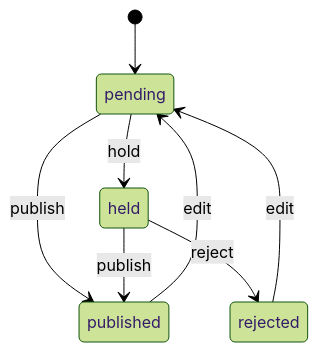
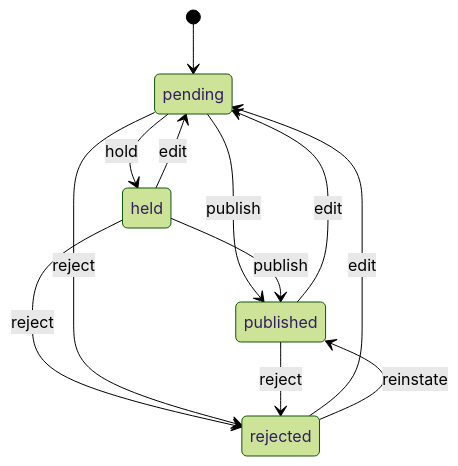
Before and after one commit to Virus-777/ecommerce: the fifth of 7 diagrams in backend/src/modules/reviews/README.md, drawn with Mermaid (forest theme). The commit also changed other lines of this file and 66 other files, not shown here.

````diff
--- a/backend/src/modules/reviews/README.md
+++ b/backend/src/modules/reviews/README.md
@@ -656,10 +700,14 @@
 ```mermaid
 stateDiagram-v2
   [*] --> pending
   pending --> published: publish
   pending --> held: hold
   held --> published: publish
   held --> rejected: reject
   published --> pending: edit
   rejected --> pending: edit
+  pending --> rejected: reject
+  published --> rejected: reject
+  held --> pending: edit
+  rejected --> published: reinstate
 ```
````
